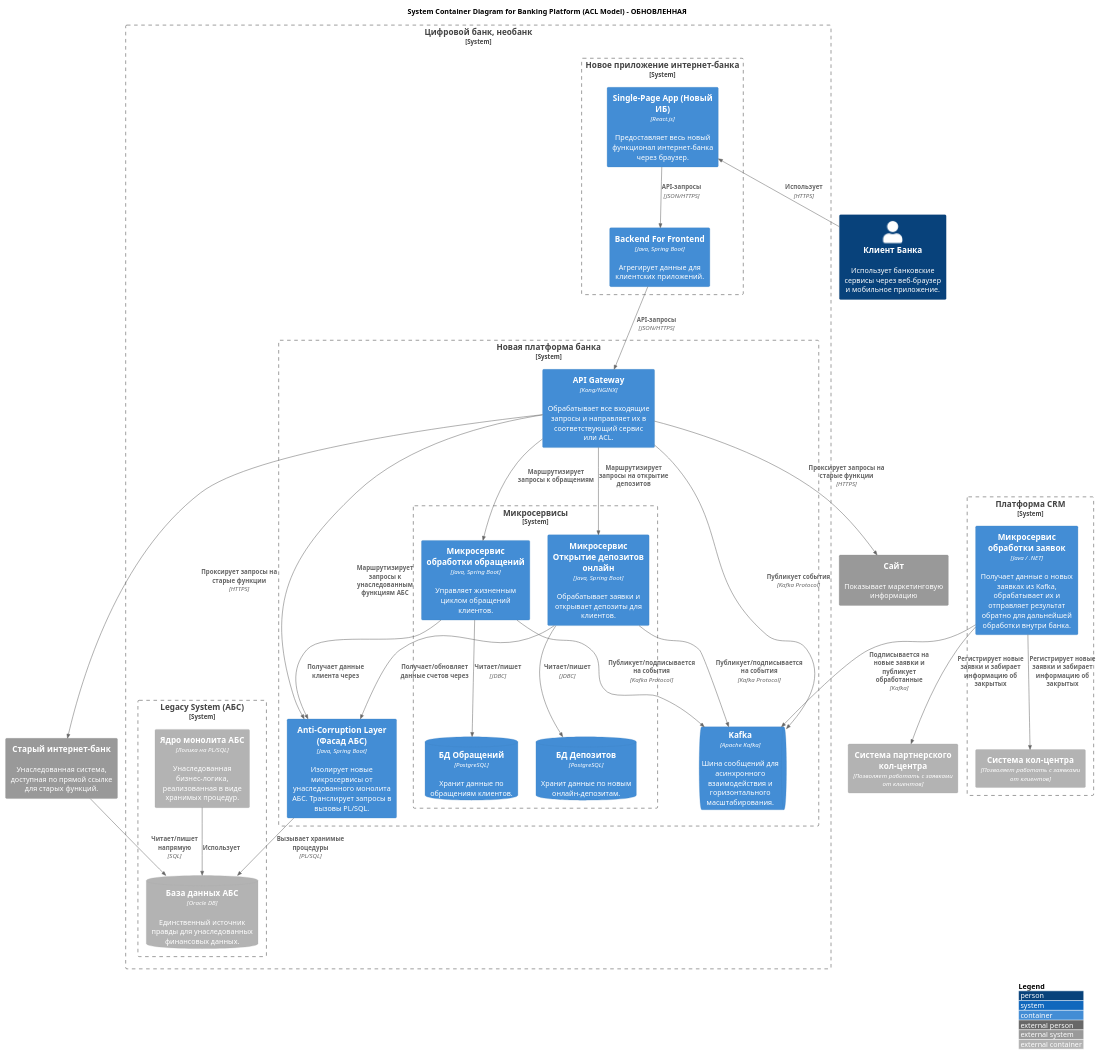
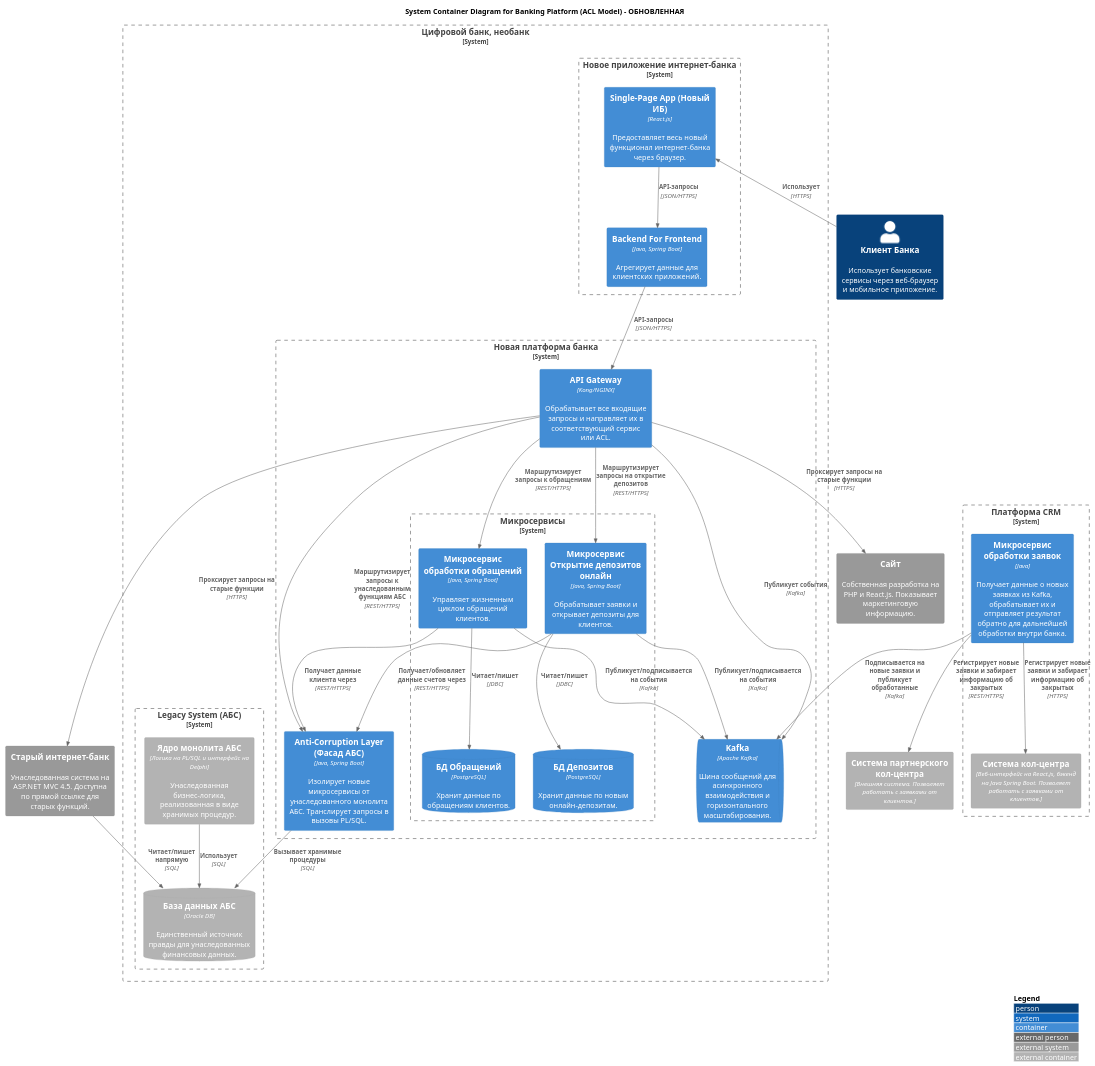
One commit to Evangelistic/architecture-pro-standart changed the diagram in diagrams/to-be/mvp_container.puml. Above: the diagram before and after it, drawn with PlantUML. The commit also changed 2 other files, not shown here.

Commit message:
Adding final diagrams

```diff
--- a/diagrams/to-be/mvp_container.puml
+++ b/diagrams/to-be/mvp_container.puml
@@ -1,107 +1,107 @@
-@startuml Bank Platform - Container Diagram (ACL Model) - FINAL
+@startuml Bank Platform - Container Diagram
 
 !include ../includes/C4_Container.puml
 
 LAYOUT_WITH_LEGEND()
 
 title System Container Diagram for Banking Platform (ACL Model) - ОБНОВЛЕННАЯ
 
 ' ===================================
 '           Actors & External Systems
 ' ===================================
 
 Person(client, "Клиент Банка", "Использует банковские сервисы через веб-браузер и мобильное приложение.")
 
-System_Ext(old_internet_bank, "Старый интернет-банк", "Унаследованная система, доступная по прямой ссылке для старых функций.")
-System_Ext(old_site, "Сайт", "Показывает маркетинговую информацию")
+System_Ext(old_internet_bank, "Старый интернет-банк", "Унаследованная система на ASP.NET MVC 4.5. Доступна по прямой ссылке для старых функций.")
+System_Ext(old_site, "Сайт", "Собственная разработка на PHP и React.js. Показывает маркетинговую информацию.")
 
 ' --- Раскрываем CRM платформу, чтобы показать внутренний микросервис ---
 System_Boundary(crm_platform, "Платформа CRM") {
-    Container(lead_processor, "Микросервис обработки заявок", "Java / .NET", "Получает данные о новых заявках из Kafka, обрабатывает их и отправляет результат обратно для дальнейшей обработки внутри банка.")
-    Container_Ext(bank_call_center, "Система кол-центра", "Позволяет работать с заявками от клиентов")
+    Container(lead_processor, "Микросервис обработки заявок", "Java", "Получает данные о новых заявках из Kafka, обрабатывает их и отправляет результат обратно для дальнейшей обработки внутри банка.")
+    Container_Ext(bank_call_center, "Система кол-центра", "Веб-интерфейс на React.js, бэкенд на Java Spring Boot. Позволяет работать с заявками от клиентов.")
 
-    Rel(lead_processor, bank_call_center, "Регистрирует новые заявки и забирает информацию об закрытых")
+    Rel(lead_processor, bank_call_center, "Регистрирует новые заявки и забирает информацию об закрытых", "HTTPS")
 }
-Container_Ext(partner_bank_call_center, "Система партнерского кол-центра", "Позволяет работать с заявками от клиентов")
-Rel(lead_processor, partner_bank_call_center, "Регистрирует новые заявки и забирает информацию об закрытых")
+Container_Ext(partner_bank_call_center, "Система партнерского кол-центра", "Внешняя система. Позволяет работать с заявками от клиентов.")
+Rel(lead_processor, partner_bank_call_center, "Регистрирует новые заявки и забирает информацию об закрытых", "REST/HTTPS")
 
 ' ===================================
 '           System Boundary: Цифровой банк
 ' ===================================
 
 System_Boundary(digital_bank, "Цифровой банк, необанк") {
 
     ' --- Клиентские приложения ---
     System_Boundary(user_ui, "Новое приложение интернет-банка") {
         Container(spa, "Single-Page App (Новый ИБ)", "React.js", "Предоставляет весь новый функционал интернет-банка через браузер.")
         Container(bff, "Backend For Frontend", "Java, Spring Boot", "Агрегирует данные для клиентских приложений.")
     }
 
     System_Boundary(bank_platform, "Новая платформа банка") {
     ' --- Точка входа ---
         Container(api_gateway, "API Gateway", "Kong/NGINX", "Обрабатывает все входящие запросы и направляет их в соответствующий сервис или ACL.")
 
         ' --- Шина данных ---
         ContainerQueue(kafka, "Kafka", "Apache Kafka", "Шина сообщений для асинхронного взаимодействия и горизонтального масштабирования.")
 
         ' --- Новая микросервисная архитектура ---
         System_Boundary(microservices, "Микросервисы") {
             Container(ticket_service, "Микросервис обработки обращений", "Java, Spring Boot", "Управляет жизненным циклом обращений клиентов.")
             ContainerDb(ticket_db, "БД Обращений", "PostgreSQL", "Хранит данные по обращениям клиентов.")
             Rel_D(ticket_service, ticket_db, "Читает/пишет", "JDBC")
 
             Container(deposit_service, "Микросервис Открытие депозитов онлайн", "Java, Spring Boot", "Обрабатывает заявки и открывает депозиты для клиентов.")
             ContainerDb(deposit_db, "БД Депозитов", "PostgreSQL", "Хранит данные по новым онлайн-депозитам.")
             Rel_D(deposit_service, deposit_db, "Читает/пишет", "JDBC")
         }
 
         ' --- Мост к унаследованной системе ---
         Container(anti_corruption_layer, "Anti-Corruption Layer (Фасад АБС)", "Java, Spring Boot", "Изолирует новые микросервисы от унаследованного монолита АБС. Транслирует запросы в вызовы PL/SQL.")
     }
     ' --- Унаследованная система ---
     System_Boundary(legacy_system, "Legacy System (АБС)") {
-        Container_Ext(monolith_core, "Ядро монолита АБС", "Логика на PL/SQL", "Унаследованная бизнес-логика, реализованная в виде хранимых процедур.")
+        Container_Ext(monolith_core, "Ядро монолита АБС", "Логика на PL/SQL и интерфейс на Delphi", "Унаследованная бизнес-логика, реализованная в виде хранимых процедур.")
         ContainerDb_Ext(monolith_db, "База данных АБС", "Oracle DB", "Единственный источник правды для унаследованных финансовых данных.")
-        Rel(monolith_core, monolith_db, "Использует")
+        Rel(monolith_core, monolith_db, "Использует", "SQL")
     }
 
     ' ===================================
     '           Relationships
     ' ===================================
 
     ' --- Клиент -> Шлюз ---
     Rel_U(client, spa, "Использует", "HTTPS")
     Rel(spa, bff, "API-запросы", "JSON/HTTPS")
     Rel(bff, api_gateway, "API-запросы", "JSON/HTTPS")
     
     ' --- Шлюз -> Сервисы (Синхронные запросы) ---
-    Rel(api_gateway, ticket_service, "Маршрутизирует запросы к обращениям")
-    Rel(api_gateway, deposit_service, "Маршрутизирует запросы на открытие депозитов")
-    Rel(api_gateway, anti_corruption_layer, "Маршрутизирует запросы к унаследованным функциям АБС")
+    Rel(api_gateway, ticket_service, "Маршрутизирует запросы к обращениям", "REST/HTTPS")
+    Rel(api_gateway, deposit_service, "Маршрутизирует запросы на открытие депозитов", "REST/HTTPS")
+    Rel(api_gateway, anti_corruption_layer, "Маршрутизирует запросы к унаследованным функциям АБС", "REST/HTTPS")
 
     ' --- Взаимодействие с Legacy через ACL ---
-    Rel(deposit_service, anti_corruption_layer, "Получает/обновляет данные счетов через")
-    Rel(ticket_service, anti_corruption_layer, "Получает данные клиента через")
-    Rel(anti_corruption_layer, monolith_db, "Вызывает хранимые процедуры", "PL/SQL")
+    Rel(deposit_service, anti_corruption_layer, "Получает/обновляет данные счетов через", "REST/HTTPS")
+    Rel(ticket_service, anti_corruption_layer, "Получает данные клиента через", "REST/HTTPS")
+    Rel(anti_corruption_layer, monolith_db, "Вызывает хранимые процедуры", "SQL")
     
     ' --- Взаимодействие через Kafka (Асинхронные события) ---
-    Rel(api_gateway, kafka, "Публикует события", "Kafka Protocol")
-    Rel(ticket_service, kafka, "Публикует/подписывается на события", "Kafka Protocol")
-    Rel(deposit_service, kafka, "Публикует/подписывается на события", "Kafka Protocol")
+    Rel(api_gateway, kafka, "Публикует события", "Kafka")
+    Rel(ticket_service, kafka, "Публикует/подписывается на события", "Kafka")
+    Rel(deposit_service, kafka, "Публикует/подписывается на события", "Kafka")
     
     ' --- Взаимодействие с внешними системами ---
     Rel(lead_processor, kafka, "Подписывается на новые заявки и публикует обработанные", "Kafka")
 }
 
 ' ===================================
 '           СВЯЗИ СО СТАРЫМИ СИСТЕМАМИ
 ' ===================================
 
 ' 1. Новое приложение (через BFF и Gateway) может обращаться к старому ИБ и сайту для плавного перехода
 Rel(api_gateway, old_internet_bank, "Проксирует запросы на старые функции", "HTTPS")
 Rel(api_gateway, old_site, "Проксирует запросы на старые функции", "HTTPS")
 
 ' 2. Старый интернет-банк работает напрямую с базой данных АБС
 Rel(old_internet_bank, monolith_db, "Читает/пишет напрямую", "SQL")
 
 @enduml
```
